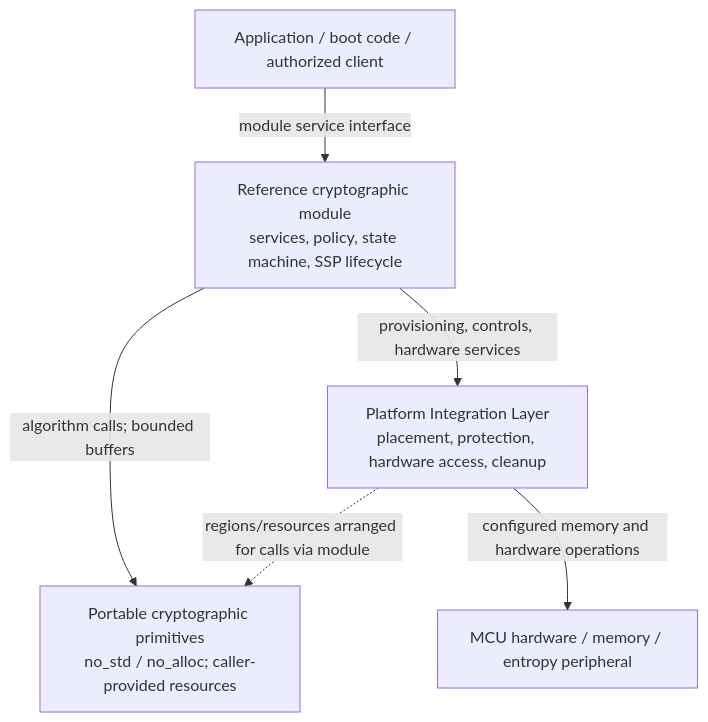
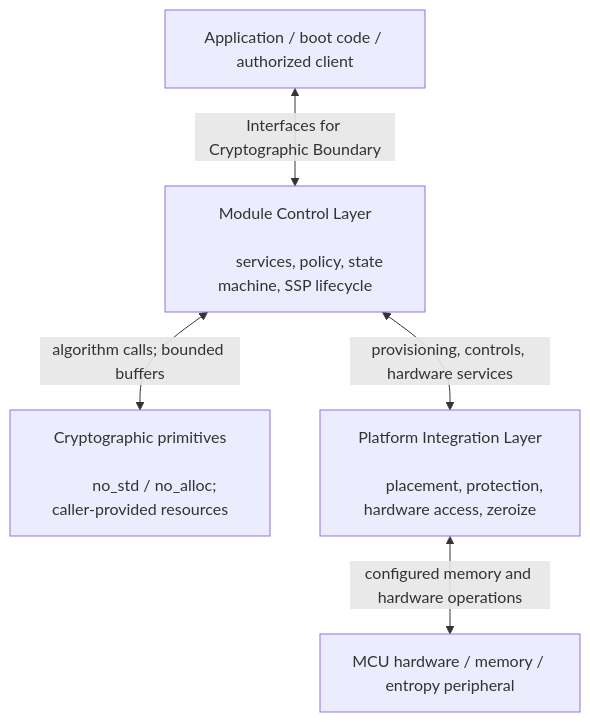
One commit to kytheros-com/embedded-crypto changed the diagram in docs/assurance/architecture.md. Above: the diagram before and after it, drawn with Mermaid. The commit also changed other lines of this file and 1 other file, not shown here.

Commit message:
Clarified the design architecture

````diff
--- a/docs/assurance/architecture.md
+++ b/docs/assurance/architecture.md
@@ -52,14 +46,16 @@
 ```mermaid
 flowchart TB
     Caller[Application / boot code / authorized client]
-    Module[Reference cryptographic module<br/>services, policy, state machine, SSP lifecycle]
-    Crypto[Portable cryptographic primitives<br/>no_std / no_alloc; caller-provided resources]
-    PIL[Platform Integration Layer<br/>placement, protection, hardware access, cleanup]
+    MCL[Module Control Layer<br/>
+        services, policy, state machine, SSP lifecycle]
+    Crypto[Cryptographic primitives<br>
+        no_std / no_alloc; caller-provided resources]
+    PIL[Platform Integration Layer<br/>
+        placement, protection, hardware access, zeroize]
     HW[MCU hardware / memory / entropy peripheral]
 
-    Caller -->|module service interface| Module
-    Module -->|algorithm calls; bounded buffers| Crypto
-    Module -->|provisioning, controls, hardware services| PIL
-    PIL -->|configured memory and hardware operations| HW
-    PIL -.->|regions/resources arranged for calls via module| Crypto
+    Caller <-->|Interfaces for Cryptographic Boundary| MCL
+    MCL    <-->|algorithm calls; bounded buffers| Crypto
+    MCL    <-->|provisioning, controls, hardware services| PIL
+    PIL    <-->|configured memory and hardware operations| HW
 ```
````
